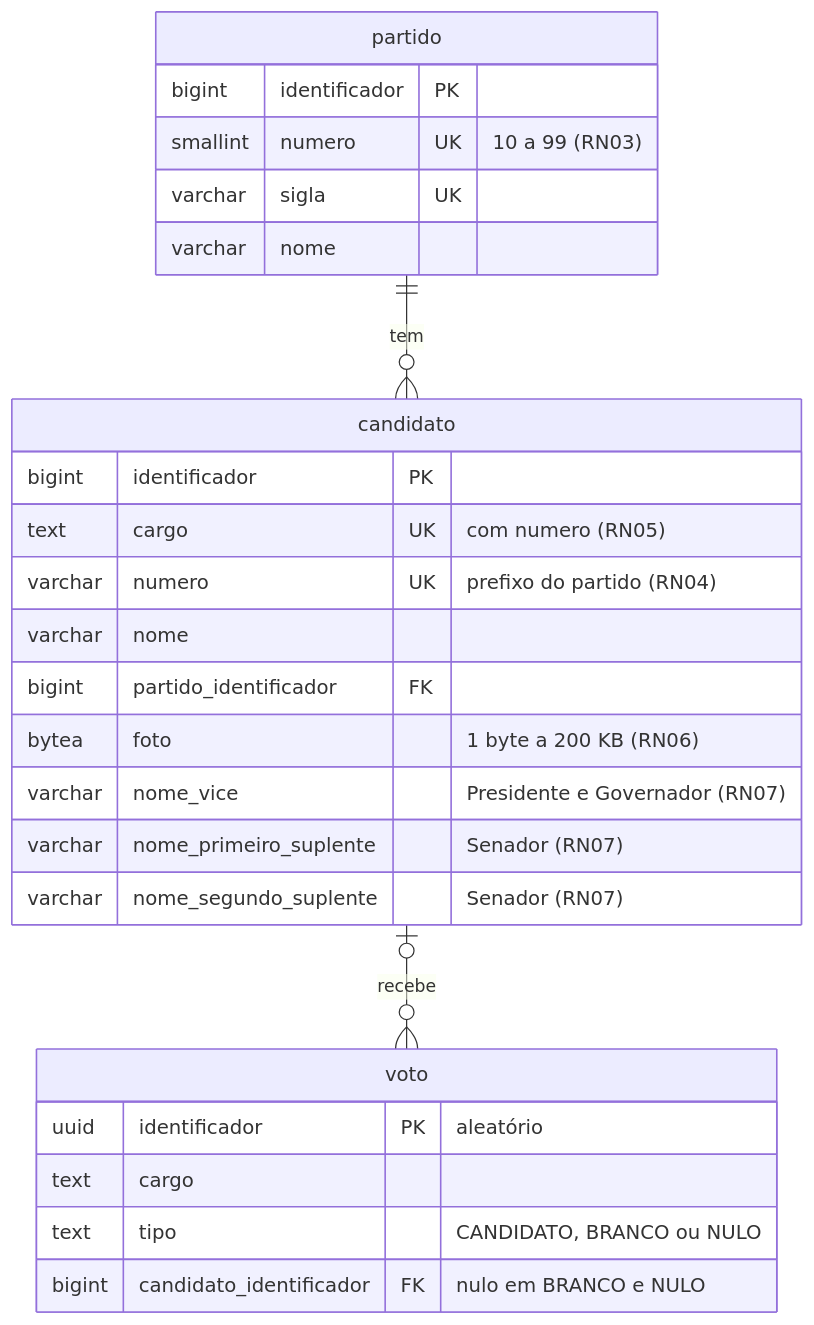
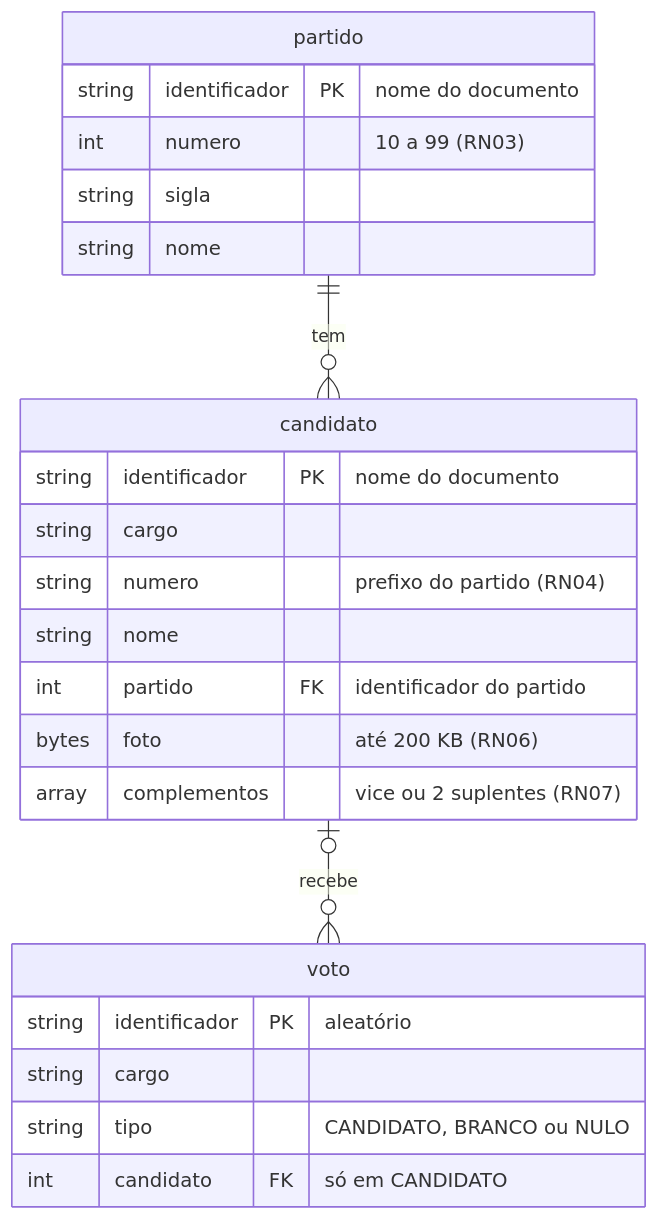
One commit to joaovsbarros10/urna-eletronica changed the diagram in docs/uml/07-entidade-relacionamento.mmd. Above: the diagram before and after it, drawn with Mermaid. The commit also changed 32 other files, not shown here.

```diff
--- a/docs/uml/07-entidade-relacionamento.mmd
+++ b/docs/uml/07-entidade-relacionamento.mmd
@@ -1,30 +1,29 @@
-%% Modelo de dados (seção 5.7). Não há tabela de eleitor e voto não guarda horário (RN12, RNF08).
+%% Coleções do Firestore. Não há coleção de eleitor e voto não guarda horário (RN12).
+%% O identificador de partido e candidato é o nome do documento; o do voto é aleatório.
 erDiagram
     partido ||--o{ candidato : tem
     candidato |o--o{ voto : recebe
 
     partido {
-        bigint identificador PK
-        smallint numero UK "10 a 99 (RN03)"
-        varchar sigla UK
-        varchar nome
+        string identificador PK "nome do documento"
+        int numero "10 a 99 (RN03)"
+        string sigla
+        string nome
     }
 
     candidato {
-        bigint identificador PK
-        text cargo UK "com numero (RN05)"
-        varchar numero UK "prefixo do partido (RN04)"
-        varchar nome
-        bigint partido_identificador FK
-        bytea foto "1 byte a 200 KB (RN06)"
-        varchar nome_vice "Presidente e Governador (RN07)"
-        varchar nome_primeiro_suplente "Senador (RN07)"
-        varchar nome_segundo_suplente "Senador (RN07)"
+        string identificador PK "nome do documento"
+        string cargo
+        string numero "prefixo do partido (RN04)"
+        string nome
+        int partido FK "identificador do partido"
+        bytes foto "até 200 KB (RN06)"
+        array complementos "vice ou 2 suplentes (RN07)"
     }
 
     voto {
-        uuid identificador PK "aleatório"
-        text cargo
-        text tipo "CANDIDATO, BRANCO ou NULO"
-        bigint candidato_identificador FK "nulo em BRANCO e NULO"
+        string identificador PK "aleatório"
+        string cargo
+        string tipo "CANDIDATO, BRANCO ou NULO"
+        int candidato FK "só em CANDIDATO"
     }
```
